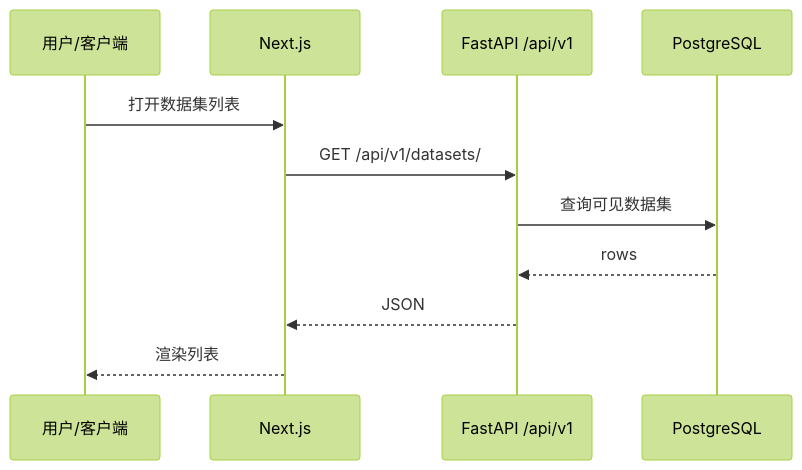
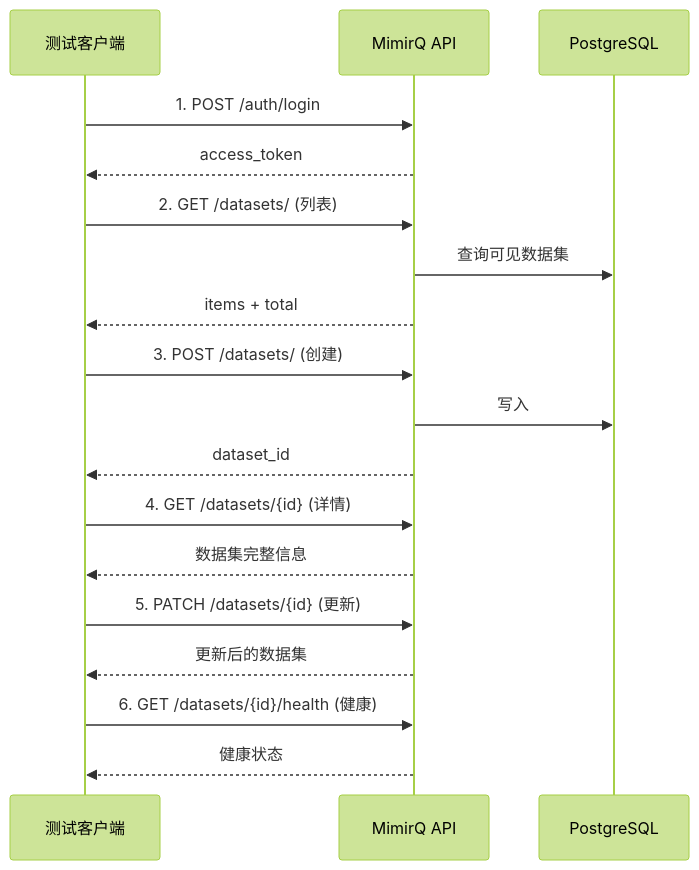
Before and after one commit to skygazer42/MimirQ: the diagram in docs-site/docs/integration/datasets/e2e.md, drawn with Mermaid (forest theme). The commit also changed other lines of this file and 134 other files, not shown here.

````diff
--- a/docs-site/docs/integration/datasets/e2e.md
+++ b/docs-site/docs/integration/datasets/e2e.md
@@ -10,13 +12,26 @@
 ```mermaid
 sequenceDiagram
-  participant U as 用户/客户端
-  participant FE as Next.js
-  participant API as FastAPI /api/v1
-  participant DB as PostgreSQL
-  U->>FE: 打开数据集列表
-  FE->>API: GET /api/v1/datasets/
-  API->>DB: 查询可见数据集
-  DB-->>API: rows
-  API-->>FE: JSON
-  FE-->>U: 渲染列表
+    participant Client as 测试客户端
+    participant API as MimirQ API
+    participant DB as PostgreSQL
+
+    Client->>API: 1. POST /auth/login
+    API-->>Client: access_token
+
+    Client->>API: 2. GET /datasets/ (列表)
+    API->>DB: 查询可见数据集
+    API-->>Client: items + total
+
+    Client->>API: 3. POST /datasets/ (创建)
+    API->>DB: 写入
+    API-->>Client: dataset_id
+
+    Client->>API: 4. GET /datasets/{id} (详情)
+    API-->>Client: 数据集完整信息
+
+    Client->>API: 5. PATCH /datasets/{id} (更新)
+    API-->>Client: 更新后的数据集
+
+    Client->>API: 6. GET /datasets/{id}/health (健康)
+    API-->>Client: 健康状态
 ```
````
